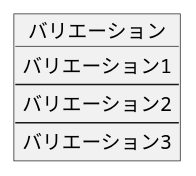
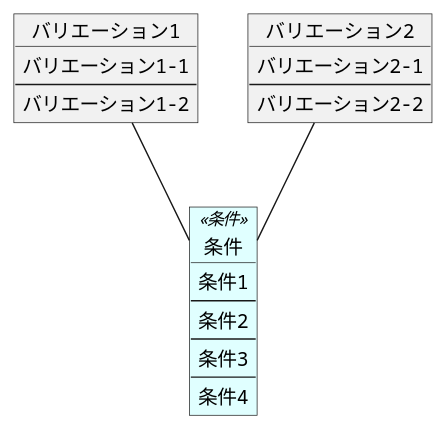
The third of 3 diagrams in システム外部環境/README.md (ShoheiImamura/rdra2-on-honkit), drawn with PlantUML before and after one commit. The commit also changed other lines of this file and 5 other files, not shown here.

````diff
--- a/システム外部環境/README.md
+++ b/システム外部環境/README.md
@@ -53,18 +60,39 @@
 ```plantuml
 @startuml
 ' honkit の uml plugin は map に対応していないので、map ではなく、object で表現しています。
 ' map CapitalCity {
 '  UK => London
 '  USA => Washington
 '  Germany => Berlin
 ' }
-object バリエーション {
-  バリエーション1
+
+skinparam object {
+    BackgroundColor<<条件>> LightCyan
+}
+
+object バリエーション1 {
+  バリエーション1-1
   --
-  バリエーション2
+  バリエーション1-2
+}
+object バリエーション2 {
+  バリエーション2-1
   --
-  バリエーション3
+  バリエーション2-2
 }
+
+object 条件<<条件>> {
+  条件1
+  --
+  条件2
+  --
+  条件3
+  --
+  条件4
+}
+
+バリエーション1 -- 条件
+バリエーション2 -- 条件
 
 @enduml
 ```
````
